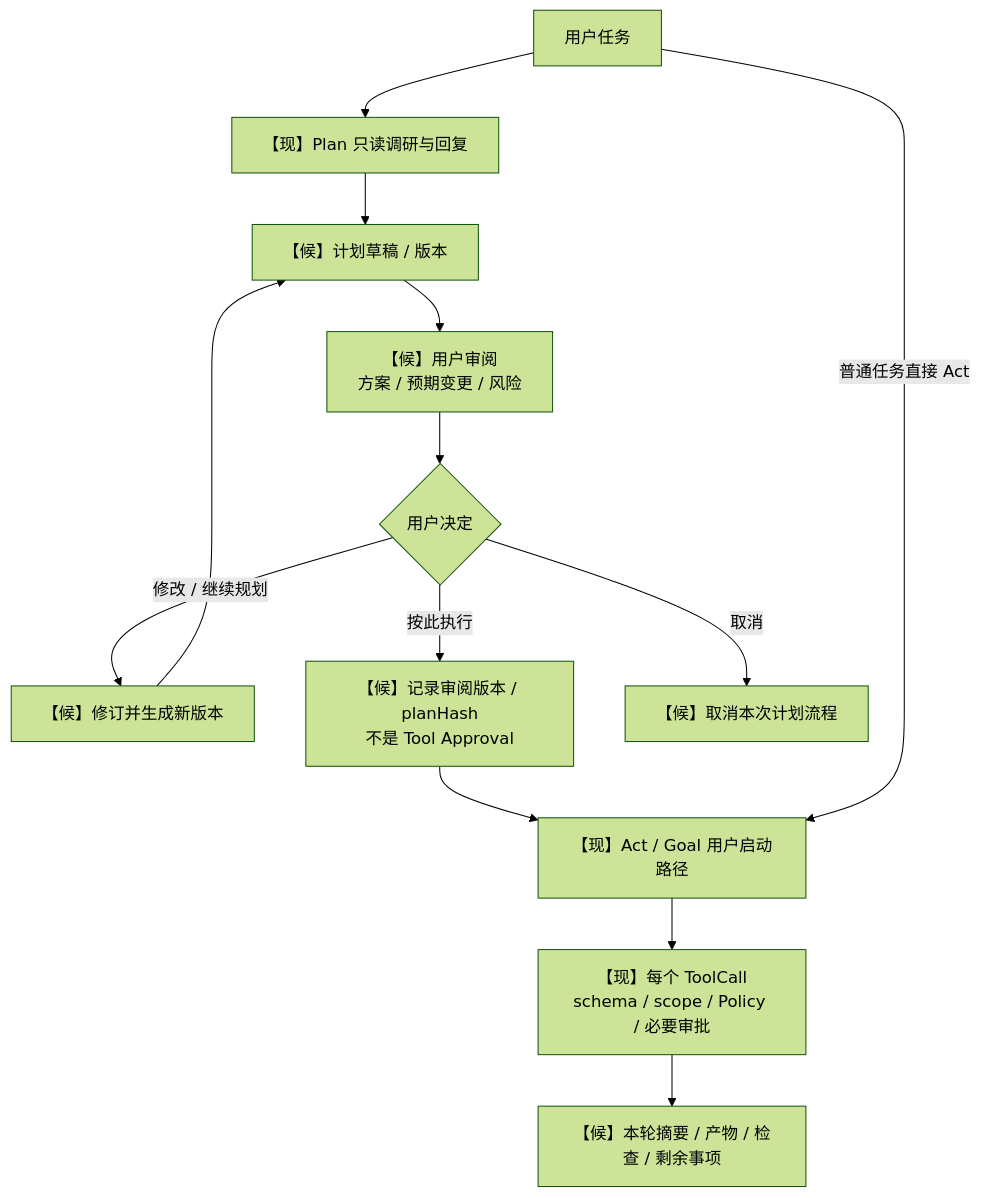
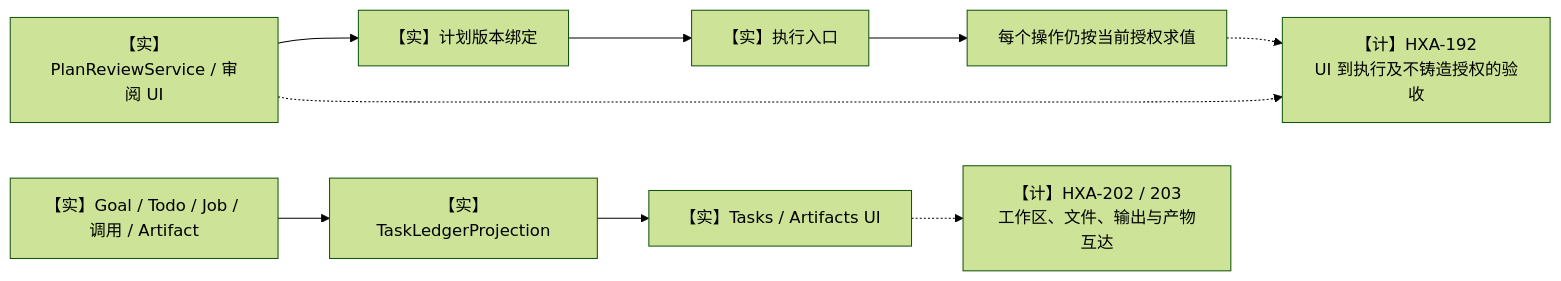
The ninth of 11 diagrams in docs/research/helix-mermaid-architecture-diagrams.md (dollarser/helix-agent), drawn with Mermaid (forest theme) before and after one commit. The commit also changed other lines of this file and 1 other file, not shown here.

Commit message:
docs: align research and architecture diagrams with current decisions

````diff
--- a/docs/research/helix-mermaid-architecture-diagrams.md
+++ b/docs/research/helix-mermaid-architecture-diagrams.md
@@ -419,21 +204,11 @@
 ```mermaid
-flowchart TB
-    USER["用户任务"]
-    PLAN["【现】Plan 只读调研与回复"]
-    DRAFT["【候】计划草稿 / 版本"]
-    REVIEW["【候】用户审阅<br/>方案 / 预期变更 / 风险"]
-    CHOICE{"用户决定"}
-    REVISE["【候】修订并生成新版本"]
-    BIND["【候】记录审阅版本 / planHash<br/>不是 Tool Approval"]
-    START["【现】Act / Goal 用户启动路径"]
-    POLICY["【现】每个 ToolCall<br/>schema / scope / Policy / 必要审批"]
-    SUMMARY["【候】本轮摘要 / 产物 / 检查 / 剩余事项"]
-    CANCEL["【候】取消本次计划流程"]
-    USER --> PLAN --> DRAFT --> REVIEW --> CHOICE
-    CHOICE -->|"修改 / 继续规划"| REVISE --> DRAFT
-    CHOICE -->|"按此执行"| BIND --> START
-    CHOICE -->|"取消"| CANCEL
-    USER -->|"普通任务直接 Act"| START
-    START --> POLICY
-    POLICY --> SUMMARY
+flowchart LR
+    PLAN["【实】PlanReviewService / 审阅 UI"] --> BIND["【实】计划版本绑定"]
+    BIND --> ENTRY["【实】执行入口"]
+    ENTRY --> AUTH["每个操作仍按当前授权求值"]
+    STORE["【实】Goal / Todo / Job / 调用 / Artifact"] --> PROJ["【实】TaskLedgerProjection"]
+    PROJ --> TASKS["【实】Tasks / Artifacts UI"]
+    TASKS -.-> NAV["【计】HXA-202 / 203<br/>工作区、文件、输出与产物互达"]
+    PLAN -.-> ACCEPT["【计】HXA-192<br/>UI 到执行及不铸造授权的验收"]
+    AUTH -.-> ACCEPT
 ```
````
